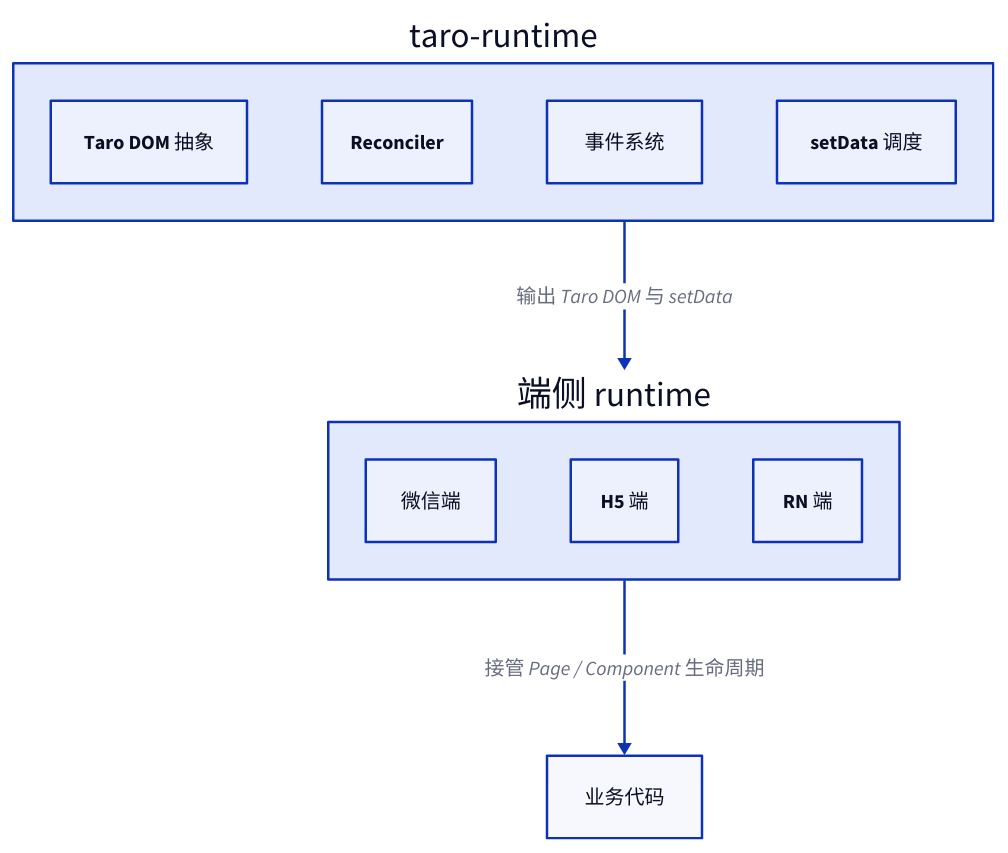
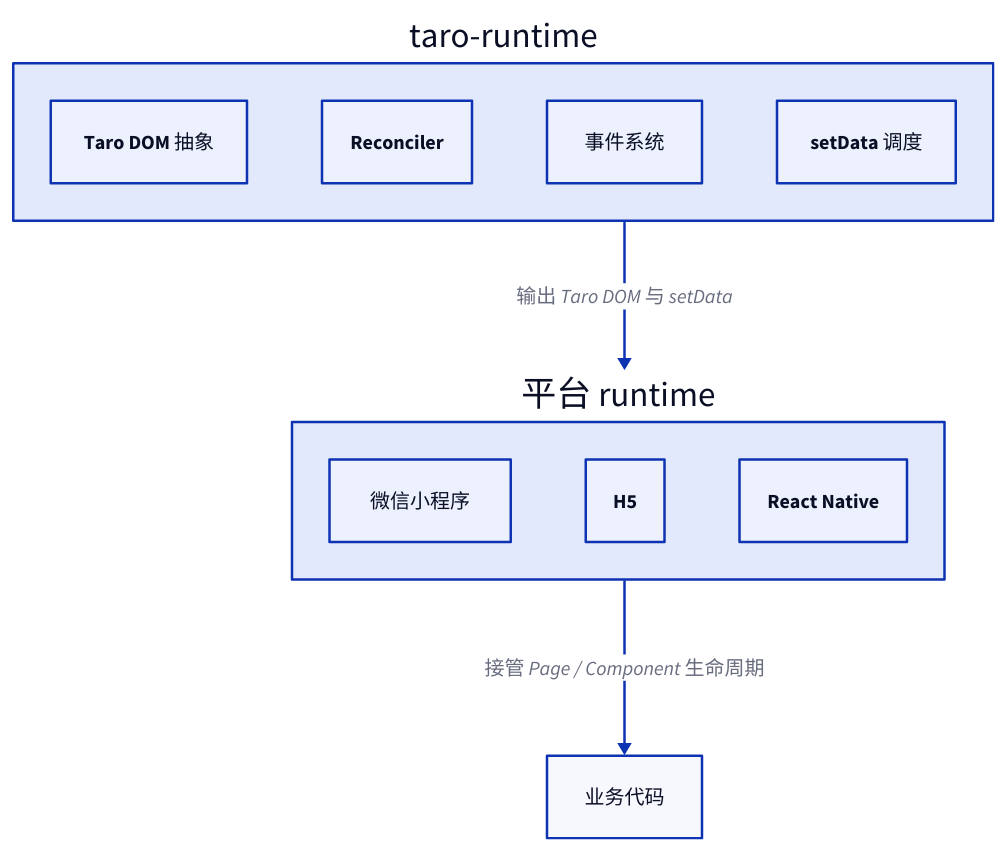
Before and after one commit to youngluo/thinking: the fifth of 16 diagrams in apps/docs/experiences/微信小程序/Taro 原理与实践.md, drawn with D2. The commit also changed other lines of this file and 1 other file, not shown here.

````diff
--- a/apps/docs/experiences/微信小程序/Taro 原理与实践.md
+++ b/apps/docs/experiences/微信小程序/Taro 原理与实践.md
@@ -276,25 +250,25 @@
 ```d2
 direction: down
 
 core: taro-runtime {
   class: group
 
   dom: Taro DOM 抽象
   reconcile: Reconciler
   event: 事件系统
   schedule: setData 调度
 }
 
-adapter: 端侧 runtime {
+adapter: 平台 runtime {
   class: group
 
-  weapp: 微信端
-  h5: H5 端
-  rn: RN 端
+  weapp: 微信小程序
+  h5: H5
+  rn: React Native
 }
 
 app: 业务代码
 
 core -> adapter: 输出 Taro DOM 与 setData
 adapter -> app: 接管 Page / Component 生命周期
 ```
````
